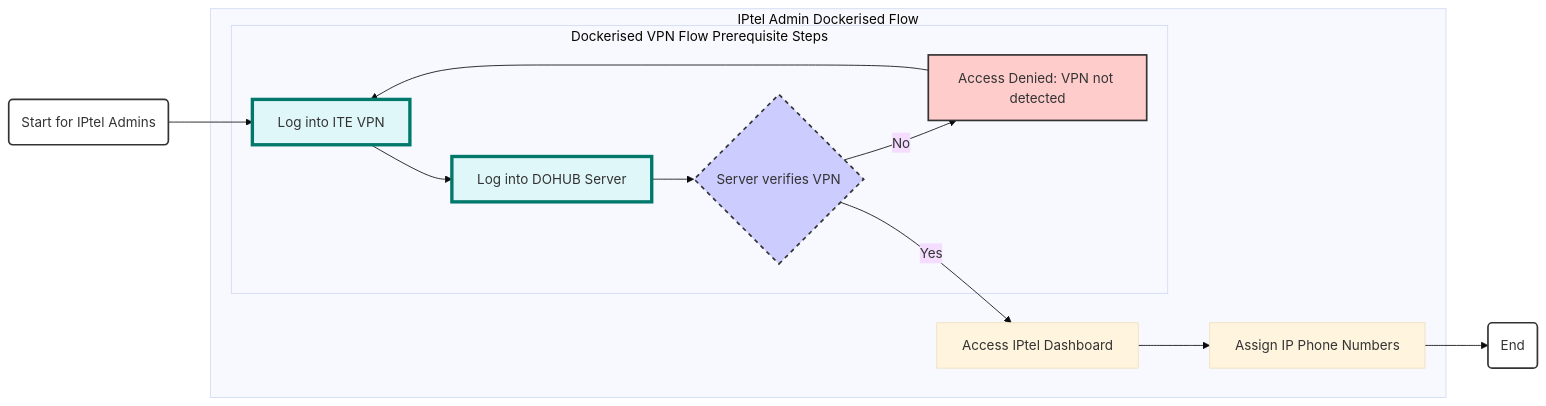
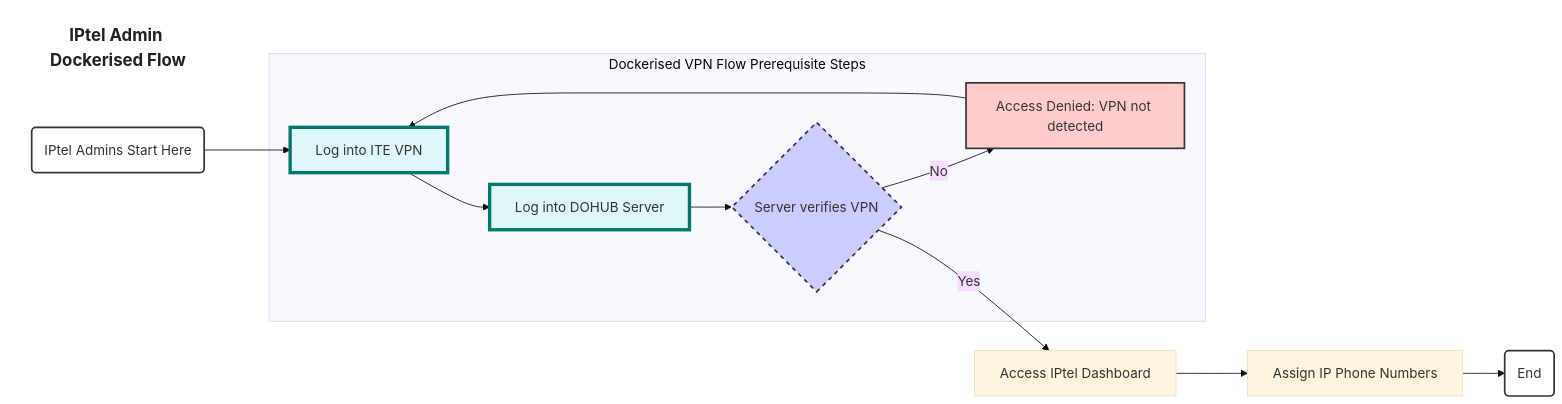
The diagram in iptel.md (kairin/mermaid), drawn with Mermaid (base theme) before and after one commit.

````diff
--- a/iptel.md
+++ b/iptel.md
@@ -3,29 +3,29 @@
 ```mermaid
 
-graph LR
-    A(Start for IPtel Admins)
+    graph LR
+    Title["<b>IPtel Admin Dockerised Flow</b>"]:::title
+    Title 
+    A(IPtel Admins Start Here)
     A --> B
 
-    subgraph IPtel Admin Dockerised Flow
-        subgraph Dockerised VPN Flow Prerequisite Steps
-            B[Log into ITE VPN]:::vpnstep --> C[Log into DOHUB Server]:::vpnstep
-            C --> D{Server verifies VPN}:::vpnstep
+    subgraph Dockerised VPN Flow Prerequisite Steps
+        B[Log into ITE VPN]:::vpnstep --> C[Log into DOHUB Server]:::vpnstep
+        C --> D{Server verifies VPN}:::vpnstep
+        D -- No --> H[Access Denied: VPN not detected]
+    end
 
-            D -- No --> H[Access Denied: VPN not detected]
+    D -- Yes --> E[Access IPtel Dashboard]
+    E --> F[Assign IP Phone Numbers]
+    F --> G(End)
+    H --> B
 
-        end
-        D -- Yes --> E[Access IPtel Dashboard]
-        E --> F[Assign IP Phone Numbers]
-        H --> B
-    end
-        F --> G(End)
-
+    classDef title fill:#fff,stroke:#fff,color:#222,font-size:20px
     classDef vpnstep fill:#e0f7fa,stroke:#00796b,stroke-width:4px
     class B,C,D vpnstep
     style D fill:#ccf,stroke:#333,stroke-width:2px,stroke-dasharray: 5 5
     style H fill:#fcc,stroke:#333,stroke-width:2px
     style A fill:#fff,stroke:#333,stroke-width:2px
     style G fill:#fff,stroke:#333,stroke-width:2px
 
 
 ```
````
